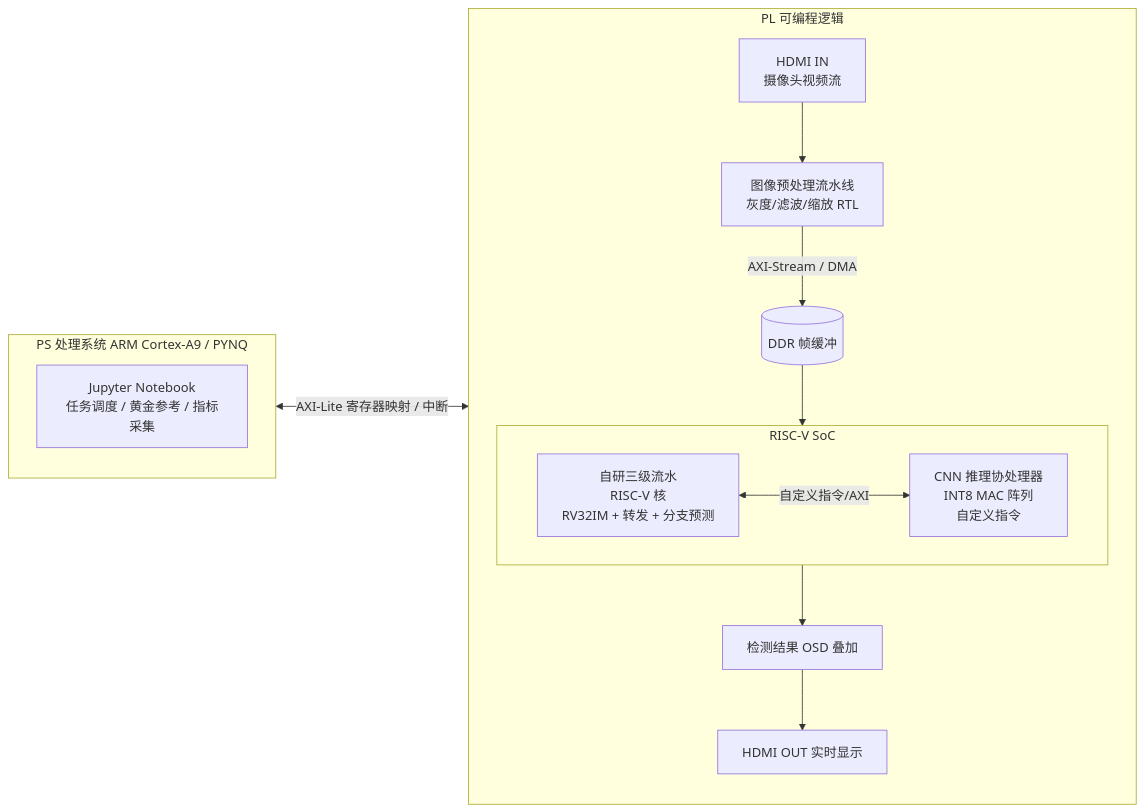
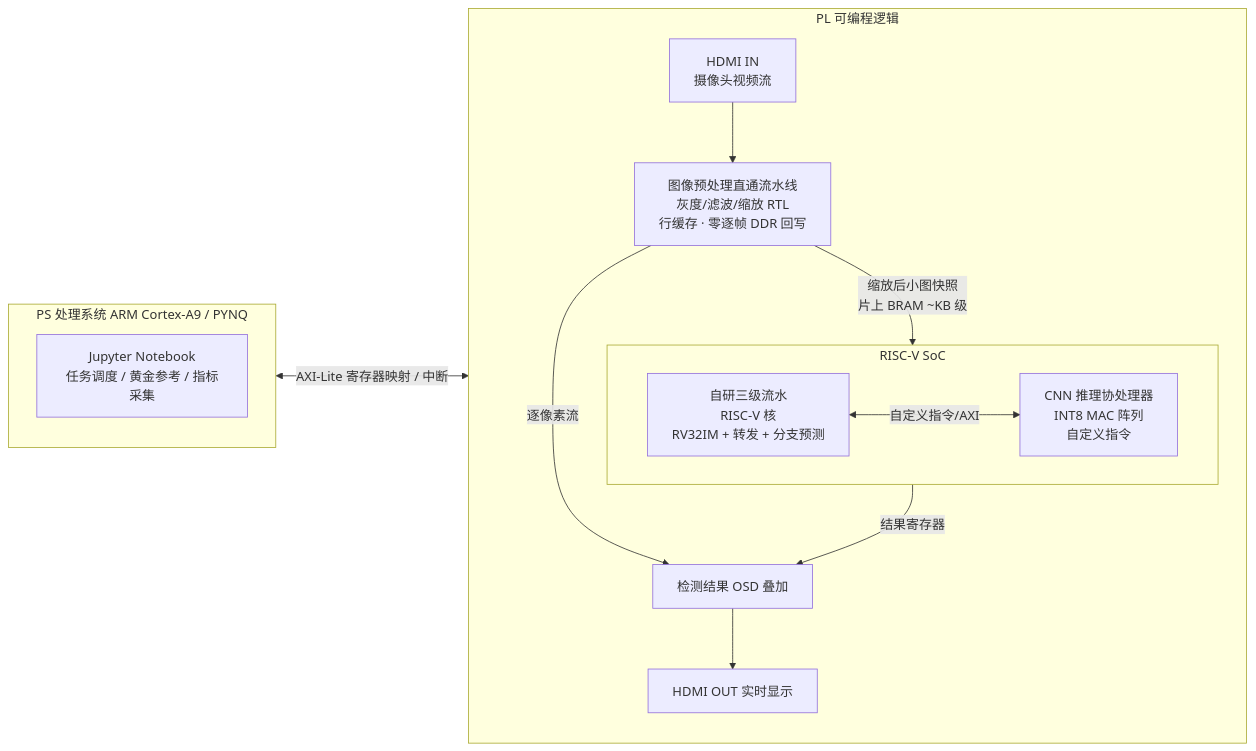
One commit to never-die-cold/FPGA-Alittle-Design changed the diagram in README.md. Above: the diagram before and after it, drawn with Mermaid. The commit also changed other lines of this file and 12 other files, not shown here.

````diff
--- a/README.md
+++ b/README.md
@@ -45,18 +53,18 @@
 ```mermaid
 flowchart LR
     subgraph PL[PL 可编程逻辑]
-        CAM[HDMI IN<br/>摄像头视频流] --> PRE[图像预处理流水线<br/>灰度/滤波/缩放 RTL]
-        PRE -->|AXI-Stream / DMA| DDR[(DDR 帧缓冲)]
-        subgraph SOC[RISC-V SoC]
+        CAM[HDMI IN<br/>摄像头视频流] --> PRE[图像预处理直通流水线<br/>灰度/滤波/缩放 RTL<br/>行缓存 · 零逐帧 DDR 回写]
+        PRE -->|逐像素流| OSD[检测结果 OSD 叠加] --> HDMI[HDMI OUT 实时显示]
+        PRE -->|缩放后小图快照<br/>片上 BRAM ~KB 级| SOC2
+        subgraph SOC2[RISC-V SoC]
             CPU[自研三级流水<br/>RISC-V 核<br/>RV32IM + 转发 + 分支预测]
             COP[CNN 推理协处理器<br/>INT8 MAC 阵列<br/>自定义指令]
             CPU <-->|自定义指令/AXI| COP
         end
-        DDR --> SOC
-        SOC --> OSD[检测结果 OSD 叠加] --> HDMI[HDMI OUT 实时显示]
+        SOC2 -->|结果寄存器| OSD
     end
     subgraph PS[PS 处理系统 ARM Cortex-A9 / PYNQ]
         JUP[Jupyter Notebook<br/>任务调度 / 黄金参考 / 指标采集]
     end
     PS <-->|AXI-Lite 寄存器映射 / 中断| PL
 ```
````
